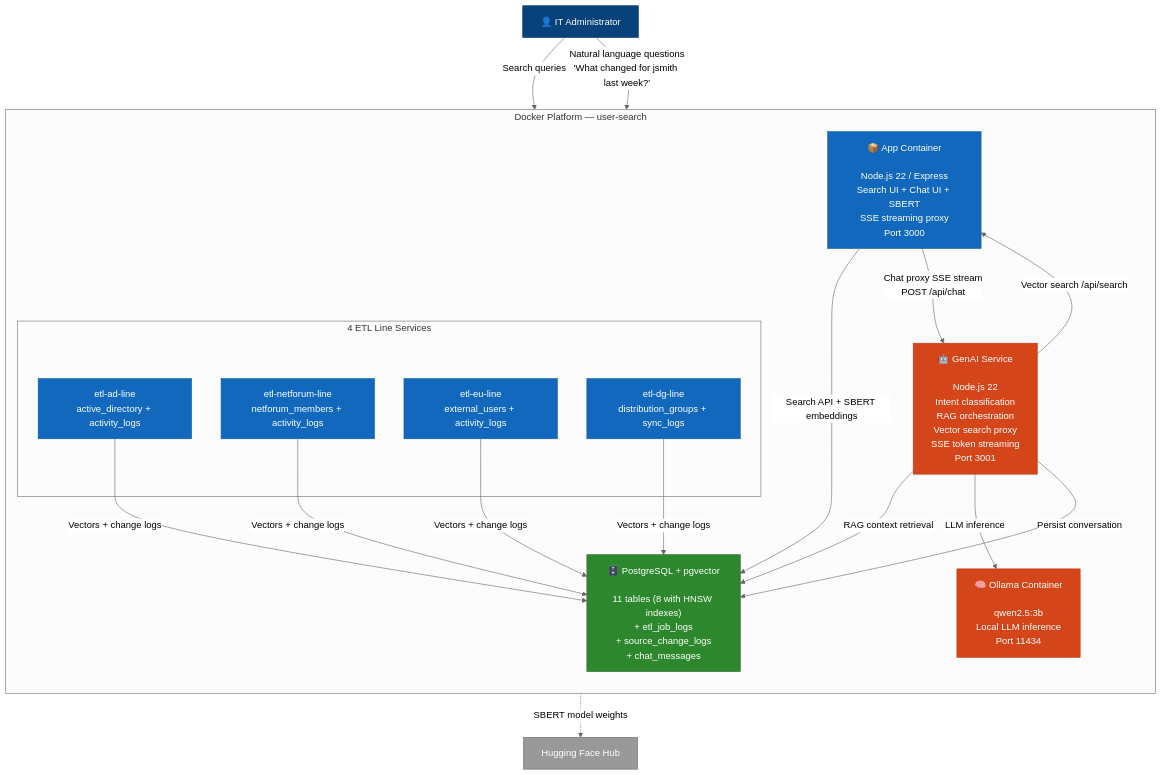
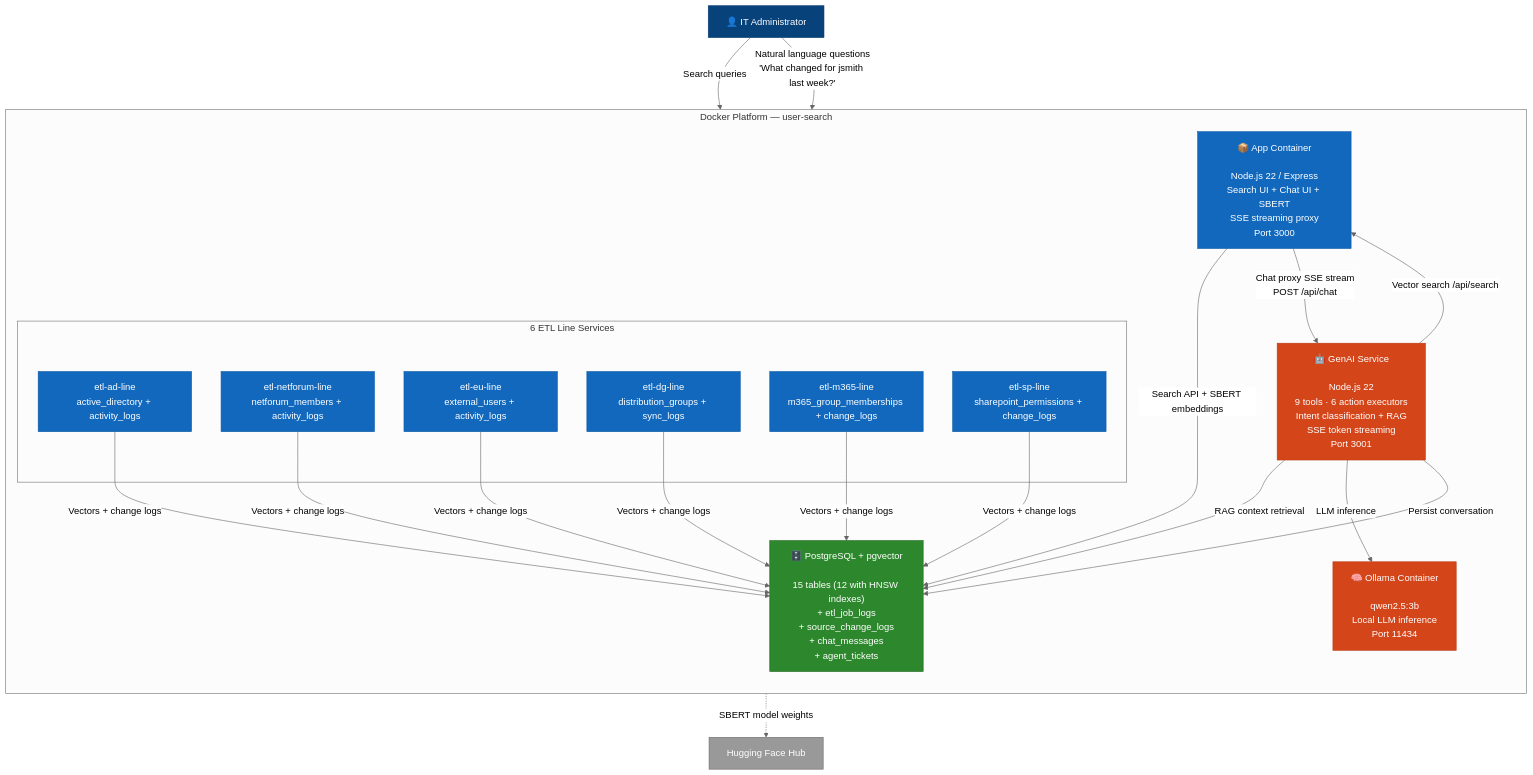
Before and after one commit to sjackshaw/user-search: the diagram in docs/diagrams/genai-target-architecture.md, drawn with Mermaid (neutral theme). The commit also changed other lines of this file and 30 other files, not shown here.

````diff
--- a/docs/diagrams/genai-target-architecture.md
+++ b/docs/diagrams/genai-target-architecture.md
@@ -5,45 +5,49 @@
 ```mermaid
 graph TB
     classDef person fill:#08427B,stroke:#073B6F,color:#fff
     classDef existing fill:#1168BD,stroke:#0E5BA7,color:#fff
     classDef genai fill:#D4451A,stroke:#B83A15,color:#fff
     classDef database fill:#2D882D,stroke:#226622,color:#fff
     classDef external fill:#999999,stroke:#6B6B6B,color:#fff
 
     User["👤 IT Administrator"]:::person
 
     subgraph DockerPlatform [" Docker Platform — user-search "]
         direction TB
 
         App["📦 App Container<br/><br/>Node.js 22 / Express<br/>Search UI + Chat UI + SBERT<br/>SSE streaming proxy<br/>Port 3000"]:::existing
 
-        GenAI["🤖 GenAI Service<br/><br/>Node.js 22<br/>Intent classification<br/>RAG orchestration<br/>Vector search proxy<br/>SSE token streaming<br/>Port 3001"]:::genai
+        GenAI["🤖 GenAI Service<br/><br/>Node.js 22<br/>9 tools · 6 action executors<br/>Intent classification + RAG<br/>SSE token streaming<br/>Port 3001"]:::genai
 
         Ollama["🧠 Ollama Container<br/><br/>qwen2.5:3b<br/>Local LLM inference<br/>Port 11434"]:::genai
 
-        Postgres["🗄️ PostgreSQL + pgvector<br/><br/>11 tables (8 with HNSW indexes)<br/>+ etl_job_logs<br/>+ source_change_logs<br/>+ chat_messages"]:::database
+        Postgres["🗄️ PostgreSQL + pgvector<br/><br/>15 tables (12 with HNSW indexes)<br/>+ etl_job_logs<br/>+ source_change_logs<br/>+ chat_messages<br/>+ agent_tickets"]:::database
 
-        subgraph ETLServices [" 4 ETL Line Services "]
+        subgraph ETLServices [" 6 ETL Line Services "]
             ETL_AD["etl-ad-line<br/>active_directory + activity_logs"]:::existing
             ETL_NF["etl-netforum-line<br/>netforum_members + activity_logs"]:::existing
             ETL_EU["etl-eu-line<br/>external_users + activity_logs"]:::existing
             ETL_DG["etl-dg-line<br/>distribution_groups + sync_logs"]:::existing
+            ETL_M365["etl-m365-line<br/>m365_group_memberships + change_logs"]:::existing
+            ETL_SP["etl-sp-line<br/>sharepoint_permissions + change_logs"]:::existing
         end
     end
 
     HF["Hugging Face Hub"]:::external
 
     User -->|"Search queries"| App
     User -->|"Natural language questions<br/>'What changed for jsmith last week?'"| App
     App -->|"Search API + SBERT embeddings"| Postgres
     App -->|"Chat proxy SSE stream<br/>POST /api/chat"| GenAI
     GenAI -->|"RAG context retrieval"| Postgres
     GenAI -->|"Vector search /api/search"| App
     GenAI -->|"LLM inference"| Ollama
     GenAI -->|"Persist conversation"| Postgres
     ETL_AD -->|"Vectors + change logs"| Postgres
     ETL_NF -->|"Vectors + change logs"| Postgres
     ETL_EU -->|"Vectors + change logs"| Postgres
     ETL_DG -->|"Vectors + change logs"| Postgres
+    ETL_M365 -->|"Vectors + change logs"| Postgres
+    ETL_SP -->|"Vectors + change logs"| Postgres
     App -.->|"SBERT model weights"| HF
 ```
````
